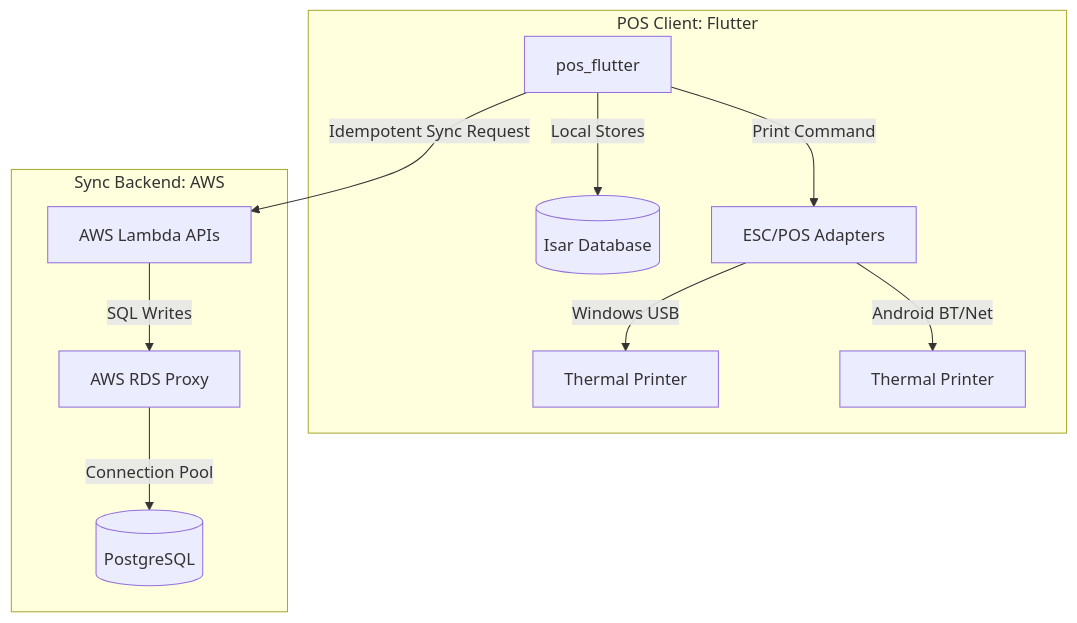
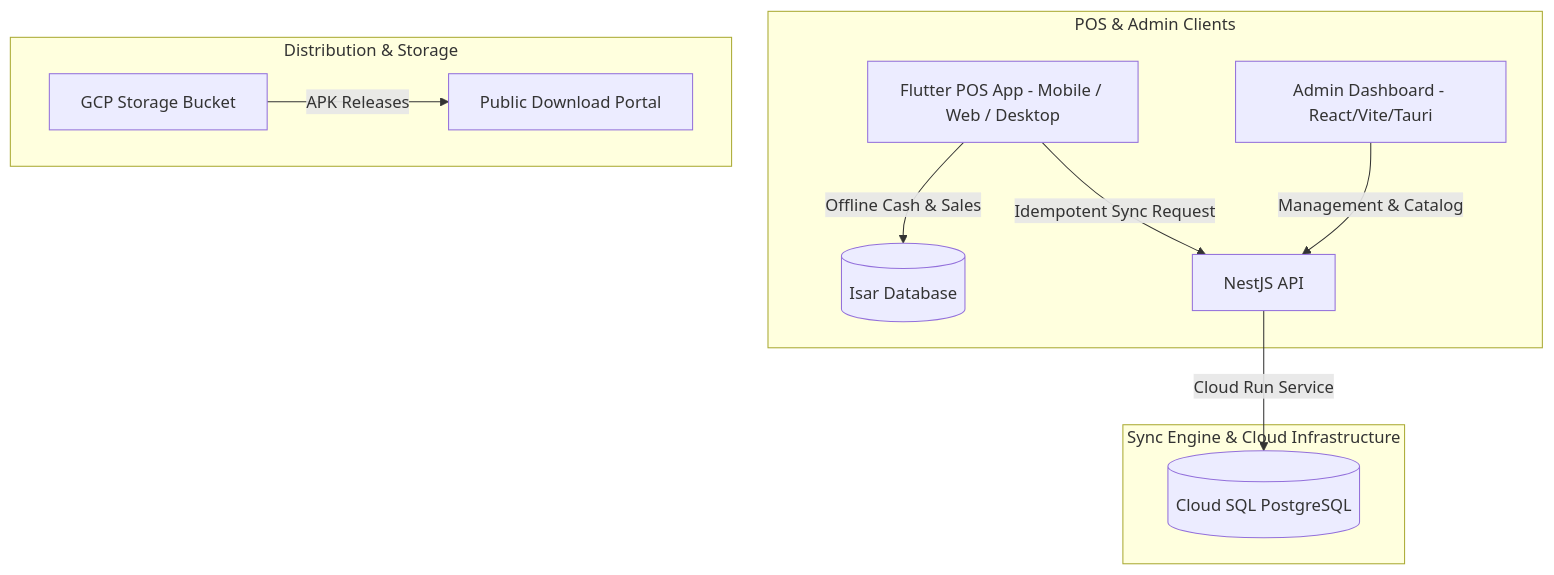
One commit to joelms90/POS_ERP_Cacharelo changed the diagram in README.md. Above: the diagram before and after it, drawn with Mermaid. The commit also changed other lines of this file and 117 other files, not shown here.

````diff
--- a/README.md
+++ b/README.md
@@ -22,16 +39,16 @@
 ```mermaid
 graph TD
-    subgraph Client [POS Client: Flutter]
-        A[pos_flutter] -->|Local Stores| B[(Isar Database)]
-        A -->|Print Command| C[ESC/POS Adapters]
-        C -->|Windows USB| D[Thermal Printer]
-        C -->|Android BT/Net| E[Thermal Printer]
+    subgraph Clients [POS & Admin Clients]
+        A[Flutter POS App - Mobile / Web / Desktop] -->|Offline Cash & Sales| B[(Isar Database)]
+        C[Admin Dashboard - React/Vite/Tauri] -->|Management & Catalog| D[NestJS API]
     end
 
-    subgraph Cloud [Sync Backend: AWS]
-        F[AWS RDS Proxy] -->|Connection Pool| G[(PostgreSQL)]
-        H[AWS Lambda APIs] -->|SQL Writes| F
+    subgraph Backend [Sync Engine & Cloud Infrastructure]
+        D -->|Cloud Run Service| E[(Cloud SQL PostgreSQL)]
+        A -->|Idempotent Sync Request| D
     end
 
-    A -->|Idempotent Sync Request| H
+    subgraph Release [Distribution & Storage]
+        F[GCP Storage Bucket] -->|APK Releases| G[Public Download Portal]
+    end
 ```
````
